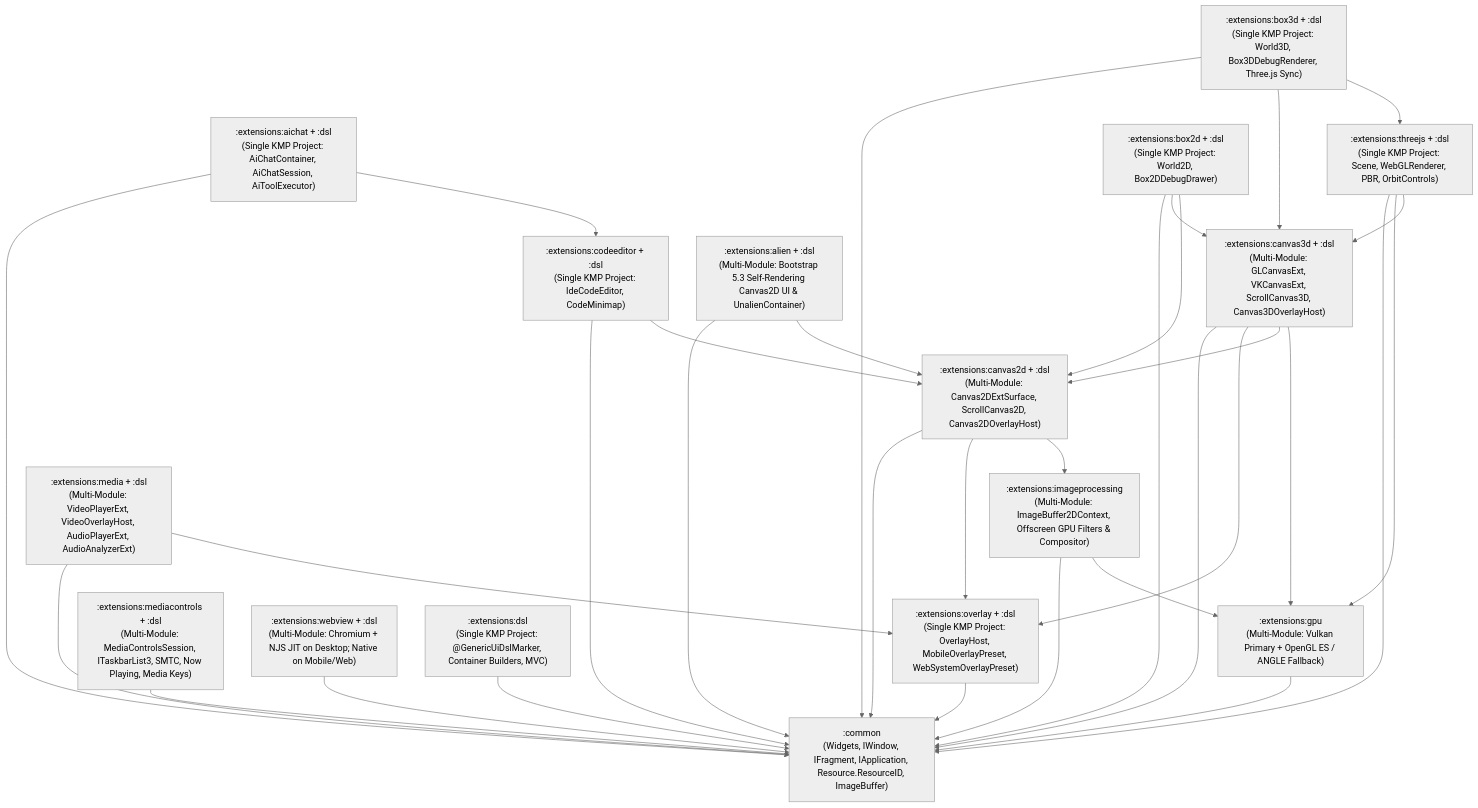
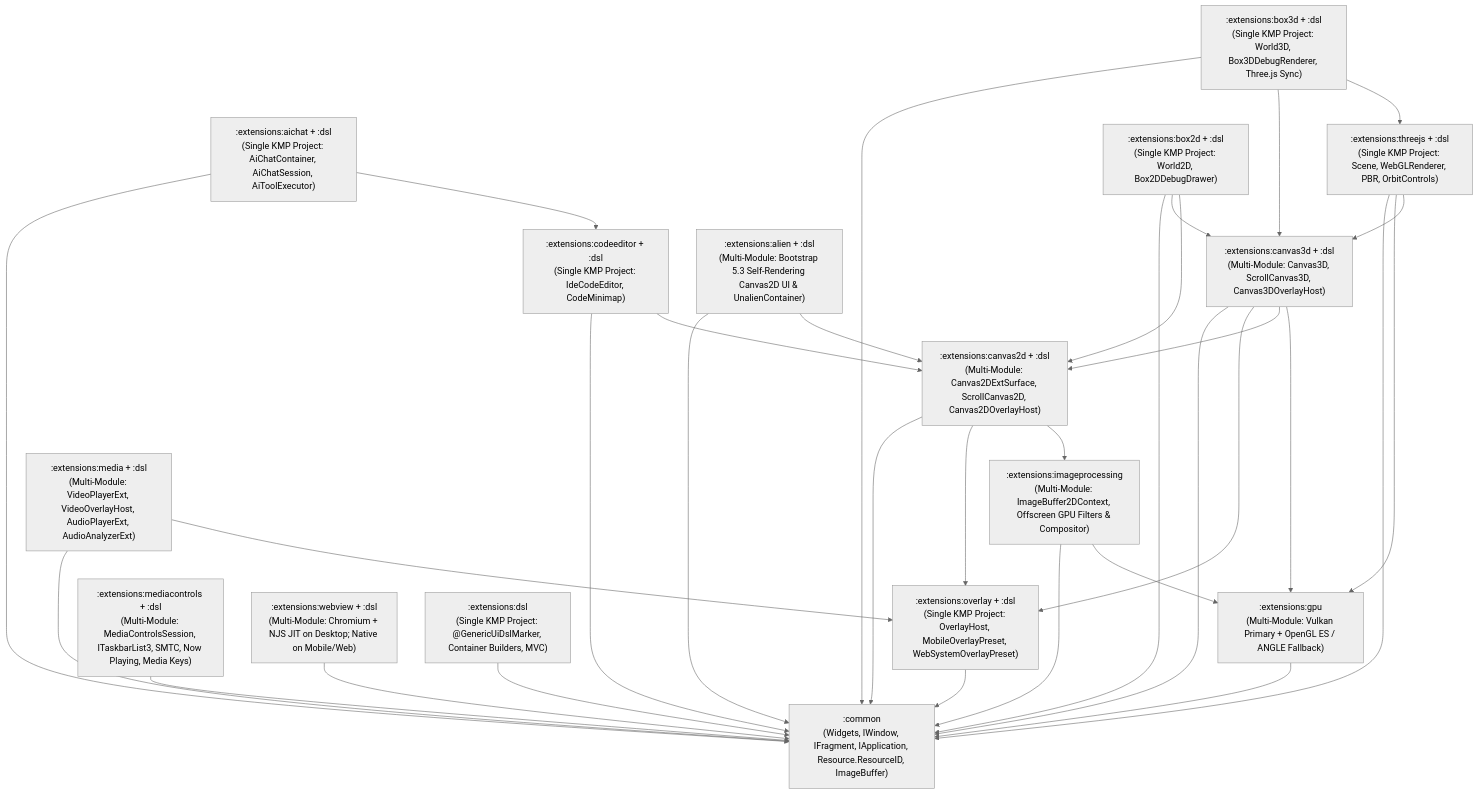
One commit to GenericUI/Extensions changed the diagram in README.md. Above: the diagram before and after it, drawn with Mermaid (neutral theme). The commit also changed other lines of this file and 242 other files, not shown here.

````diff
--- a/README.md
+++ b/README.md
@@ -40,52 +40,52 @@
 ```mermaid
 flowchart TD
     Common[":common<br/>(Widgets, IWindow, IFragment, IApplication, Resource.ResourceID, ImageBuffer)"]
 
     Gpu[":extensions:gpu<br/>(Multi-Module: Vulkan Primary + OpenGL ES / ANGLE Fallback)"]
     ImageProc[":extensions:imageprocessing<br/>(Multi-Module: ImageBuffer2DContext, Offscreen GPU Filters & Compositor)"]
     Overlay[":extensions:overlay + :dsl<br/>(Single KMP Project: OverlayHost, MobileOverlayPreset, WebSystemOverlayPreset)"]
     Canvas2D[":extensions:canvas2d + :dsl<br/>(Multi-Module: Canvas2DExtSurface, ScrollCanvas2D, Canvas2DOverlayHost)"]
-    Canvas3D[":extensions:canvas3d + :dsl<br/>(Multi-Module: GLCanvasExt, VKCanvasExt, ScrollCanvas3D, Canvas3DOverlayHost)"]
+    Canvas3D[":extensions:canvas3d + :dsl<br/>(Multi-Module: Canvas3D, ScrollCanvas3D, Canvas3DOverlayHost)"]
     Media[":extensions:media + :dsl<br/>(Multi-Module: VideoPlayerExt, VideoOverlayHost, AudioPlayerExt, AudioAnalyzerExt)"]
     MediaControls[":extensions:mediacontrols + :dsl<br/>(Multi-Module: MediaControlsSession, ITaskbarList3, SMTC, Now Playing, Media Keys)"]
     WebView[":extensions:webview + :dsl<br/>(Multi-Module: Chromium + NJS JIT on Desktop; Native on Mobile/Web)"]
     CodeEditor[":extensions:codeeditor + :dsl<br/>(Single KMP Project: IdeCodeEditor, CodeMinimap)"]
     AiChat[":extensions:aichat + :dsl<br/>(Single KMP Project: AiChatContainer, AiChatSession, AiToolExecutor)"]
     ThreeJs[":extensions:threejs + :dsl<br/>(Single KMP Project: Scene, WebGLRenderer, PBR, OrbitControls)"]
     Box2D[":extensions:box2d + :dsl<br/>(Single KMP Project: World2D, Box2DDebugDrawer)"]
     Box3D[":extensions:box3d + :dsl<br/>(Single KMP Project: World3D, Box3DDebugRenderer, Three.js Sync)"]
     Alien[":extensions:alien + :dsl<br/>(Multi-Module: Bootstrap 5.3 Self-Rendering Canvas2D UI & UnalienContainer)"]
     Dsl[":extensions:dsl<br/>(Single KMP Project: @GenericUiDslMarker, Container Builders, MVC)"]
 
     Gpu --> Common
     ImageProc --> Gpu
     ImageProc --> Common
     Overlay --> Common
     Canvas2D --> ImageProc
     Canvas2D --> Overlay
     Canvas2D --> Common
     Canvas3D --> Gpu
     Canvas3D --> Canvas2D
     Canvas3D --> Overlay
     Canvas3D --> Common
     Media --> Overlay
     Media --> Common
     MediaControls --> Common
     WebView --> Common
     CodeEditor --> Canvas2D
     CodeEditor --> Common
     AiChat --> CodeEditor
     AiChat --> Common
     ThreeJs --> Canvas3D
     ThreeJs --> Gpu
     ThreeJs --> Common
     Box2D --> Canvas2D
     Box2D --> Canvas3D
     Box2D --> Common
     Box3D --> ThreeJs
     Box3D --> Canvas3D
     Box3D --> Common
     Alien --> Canvas2D
     Alien --> Common
     Dsl --> Common
 ```
````
